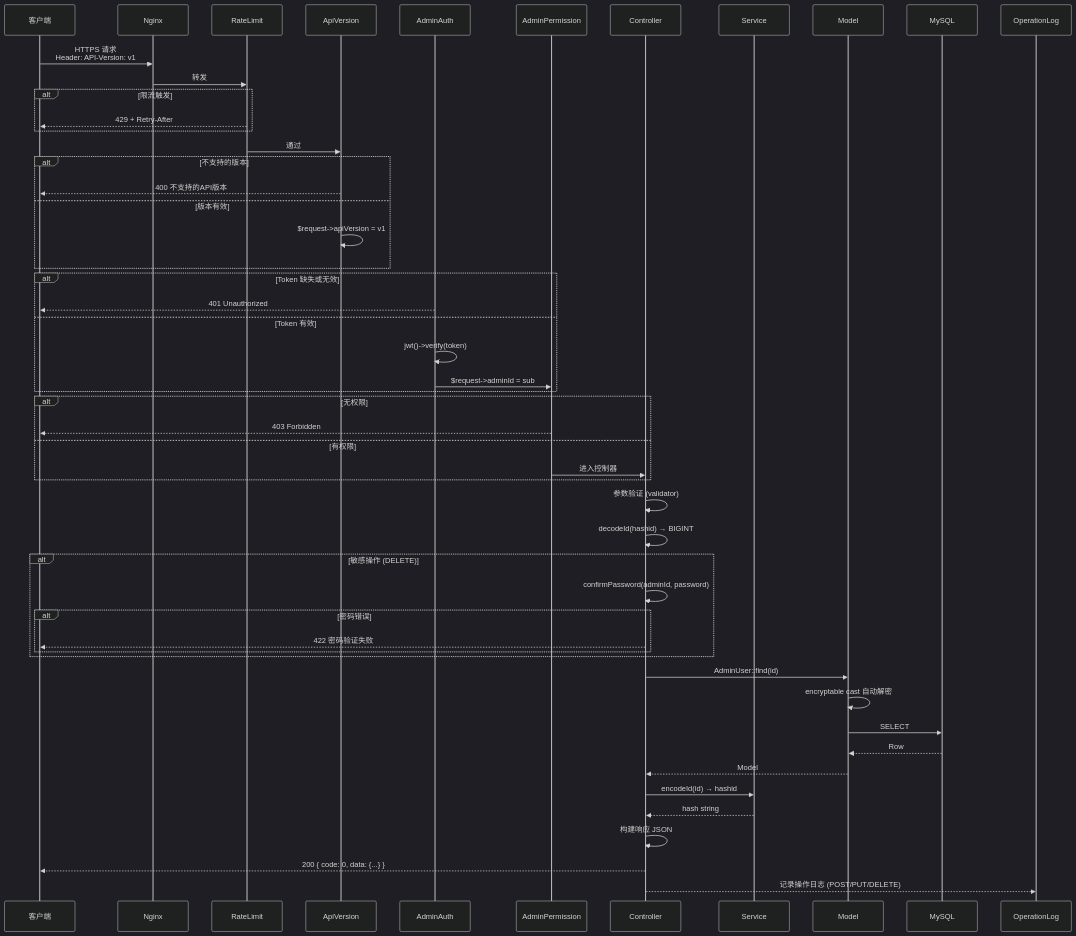
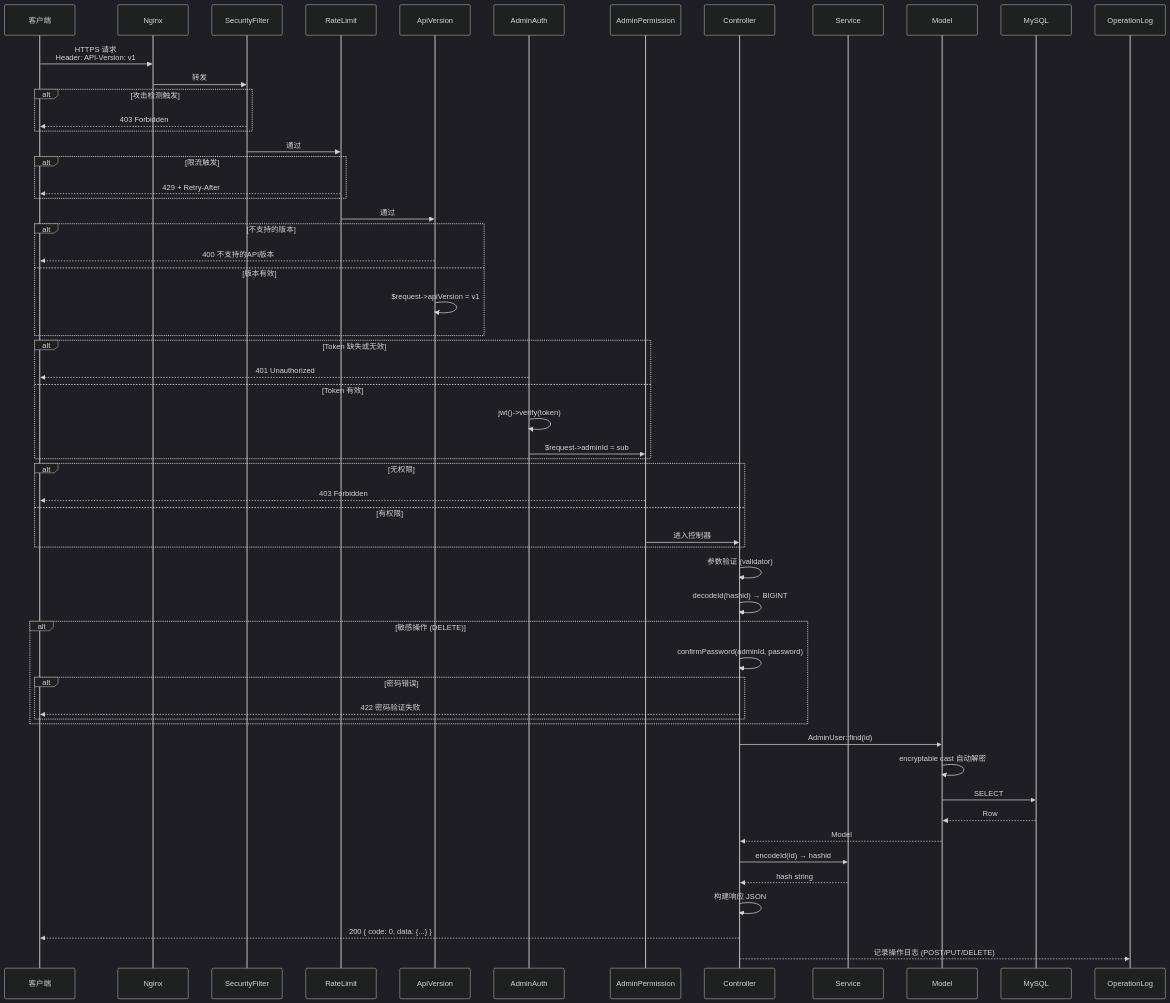
The third of 14 diagrams in docs/ARCHITECTURE.md (erikwang2013/open-admin), drawn with Mermaid (dark theme) before and after one commit. The commit also changed other lines of this file and 7 other files, not shown here.

Commit message:
feat: 添加 SecurityFilter 安全攻击检测拦截中间件 — XSS/SQL注入/路径遍历/命令注入/CSRF

````diff
--- a/docs/ARCHITECTURE.md
+++ b/docs/ARCHITECTURE.md
@@ -143,65 +145,72 @@
 ```mermaid
 sequenceDiagram
     participant C as 客户端
     participant N as Nginx
+    participant MW_SF as SecurityFilter
     participant MW_RL as RateLimit
     participant MW0 as ApiVersion
     participant MW1 as AdminAuth
     participant MW2 as AdminPermission
     participant CTL as Controller
     participant SVC as Service
     participant MDL as Model
     participant DB as MySQL
     participant OPLOG as OperationLog
 
     C->>N: HTTPS 请求<br/>Header: API-Version: v1
-    N->>MW_RL: 转发
+    N->>MW_SF: 转发
+
+    alt 攻击检测触发
+        MW_SF-->>C: 403 Forbidden
+    end
+
+    MW_SF->>MW_RL: 通过
 
     alt 限流触发
         MW_RL-->>C: 429 + Retry-After
     end
 
     MW_RL->>MW0: 通过
 
     alt 不支持的版本
         MW0-->>C: 400 不支持的API版本
     else 版本有效
         MW0->>MW0: $request->apiVersion = v1
     end
 
     alt Token 缺失或无效
         MW1-->>C: 401 Unauthorized
     else Token 有效
         MW1->>MW1: jwt()->verify(token)
         MW1->>MW2: $request->adminId = sub
     end
 
     alt 无权限
         MW2-->>C: 403 Forbidden
     else 有权限
         MW2->>CTL: 进入控制器
     end
 
     CTL->>CTL: 参数验证 (validator)
     CTL->>CTL: decodeId(hashid) → BIGINT
 
     alt 敏感操作 (DELETE)
         CTL->>CTL: confirmPassword(adminId, password)
         alt 密码错误
             CTL-->>C: 422 密码验证失败
         end
     end
 
     CTL->>MDL: AdminUser::find(id)
     MDL->>MDL: encryptable cast 自动解密
     MDL->>DB: SELECT
     DB-->>MDL: Row
     MDL-->>CTL: Model
 
     CTL->>SVC: encodeId(id) → hashid
     SVC-->>CTL: hash string
 
     CTL->>CTL: 构建响应 JSON
     CTL-->>C: 200 { code: 0, data: {...} }
     CTL-->>OPLOG: 记录操作日志 (POST/PUT/DELETE)
 ```
````
